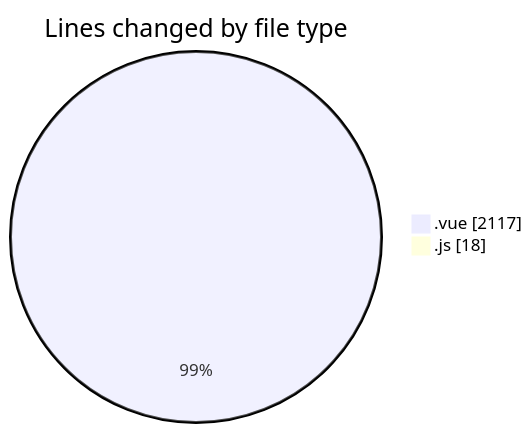
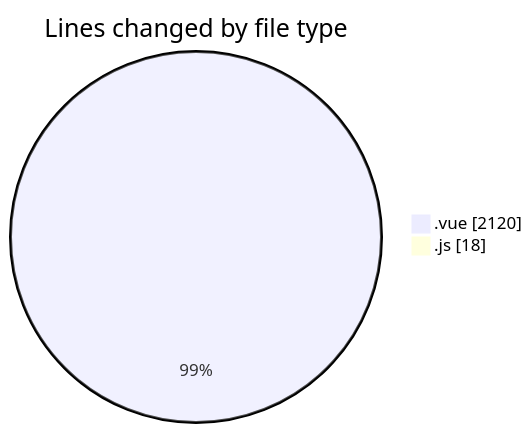
Before and after one commit to lephambinh05/code-tracking: the first of 2 diagrams in 2025-08-13/rentotp/README.md, drawn with Mermaid. The commit also changed other lines of this file and 1 other file, not shown here.

````diff
--- a/2025-08-13/rentotp/README.md
+++ b/2025-08-13/rentotp/README.md
@@ -28,6 +28,6 @@
 ```mermaid
 pie showData
 title Lines changed by file type
-".vue" : 2117
+".vue" : 2120
 ".js" : 18
 ```
````
